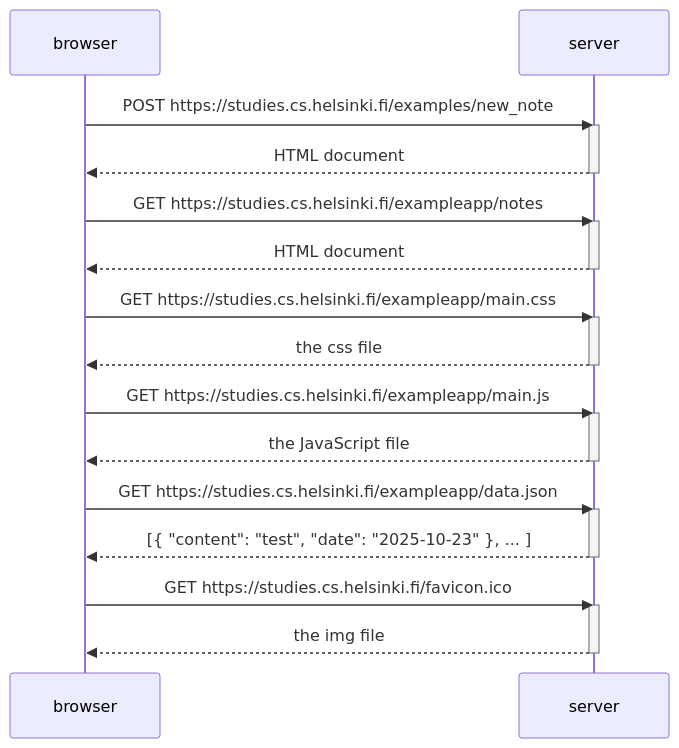
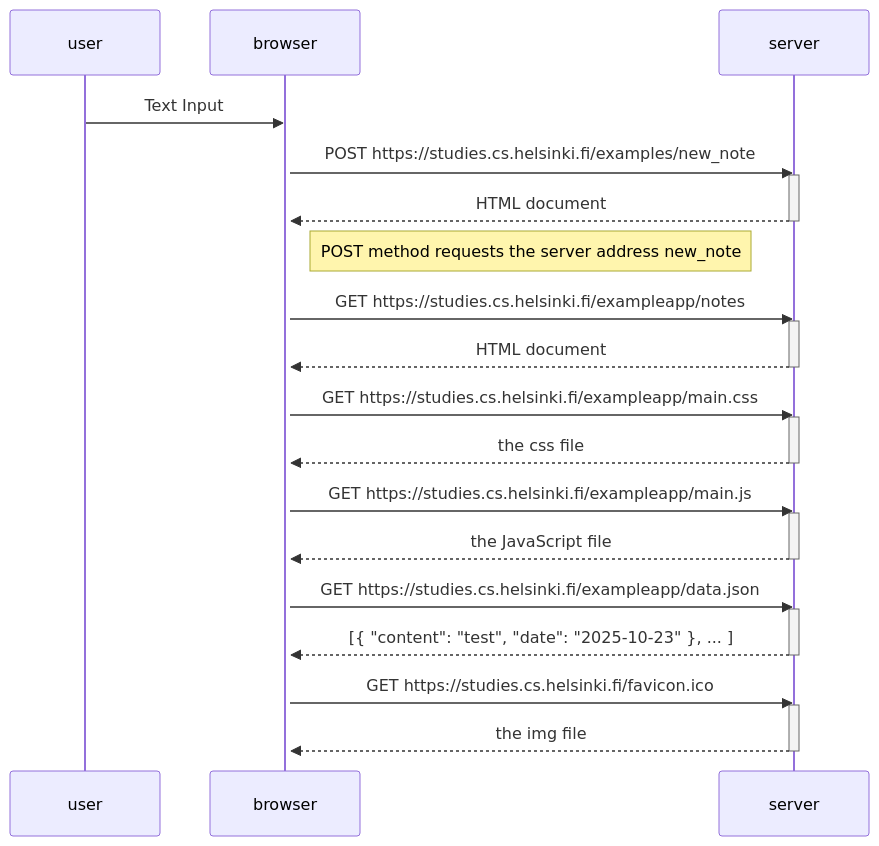
Before and after one commit to ngbroodev/fullstackopen_course: the diagram in part_00/New_note_diagram/new_note_diagram.md, drawn with Mermaid.

Commit message:
diagram_update

````diff
--- a/part_00/New_note_diagram/new_note_diagram.md
+++ b/part_00/New_note_diagram/new_note_diagram.md
@@ -1,36 +1,42 @@
 ```mermaid
 sequenceDiagram
+    participant user
     participant browser
     participant server
 
+    user->>browser: Text Input
+    activate browser
+    
     browser->>server: POST https://studies.cs.helsinki.fi/examples/new_note
     activate server
     server-->>browser: HTML document
     deactivate server
+
+    Note right of browser: POST method requests the server address new_note
     
     browser->>server: GET https://studies.cs.helsinki.fi/exampleapp/notes
     activate server
     server-->>browser: HTML document 
     deactivate server
 
     browser->>server: GET https://studies.cs.helsinki.fi/exampleapp/main.css
     activate server
     server-->>browser: the css file 
     deactivate server
 
     browser->>server: GET https://studies.cs.helsinki.fi/exampleapp/main.js
     activate server
     server-->>browser: the JavaScript file 
     deactivate server
 
     browser->>server: GET https://studies.cs.helsinki.fi/exampleapp/data.json
     activate server
     server-->>browser: [{ "content": "test", "date": "2025-10-23" }, ... ] 
     deactivate server
 
     browser->>server: GET https://studies.cs.helsinki.fi/favicon.ico
     activate server
     server-->>browser: the img file
     deactivate server
 
 ```
````
